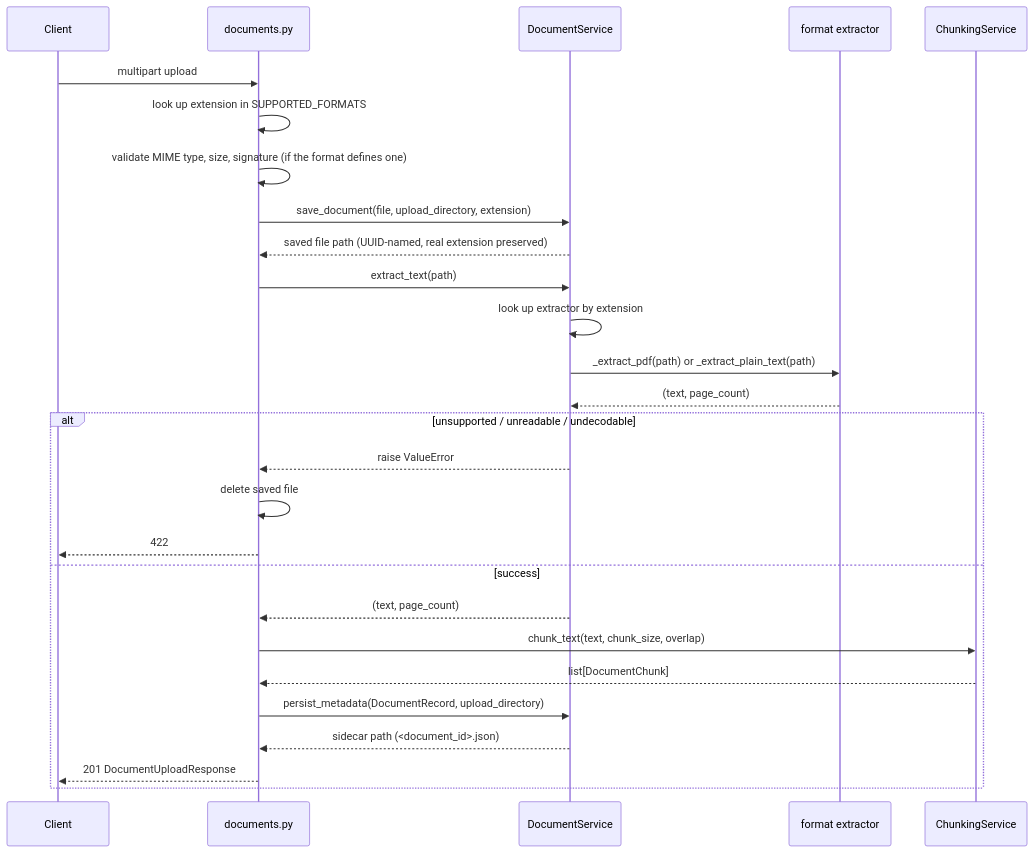
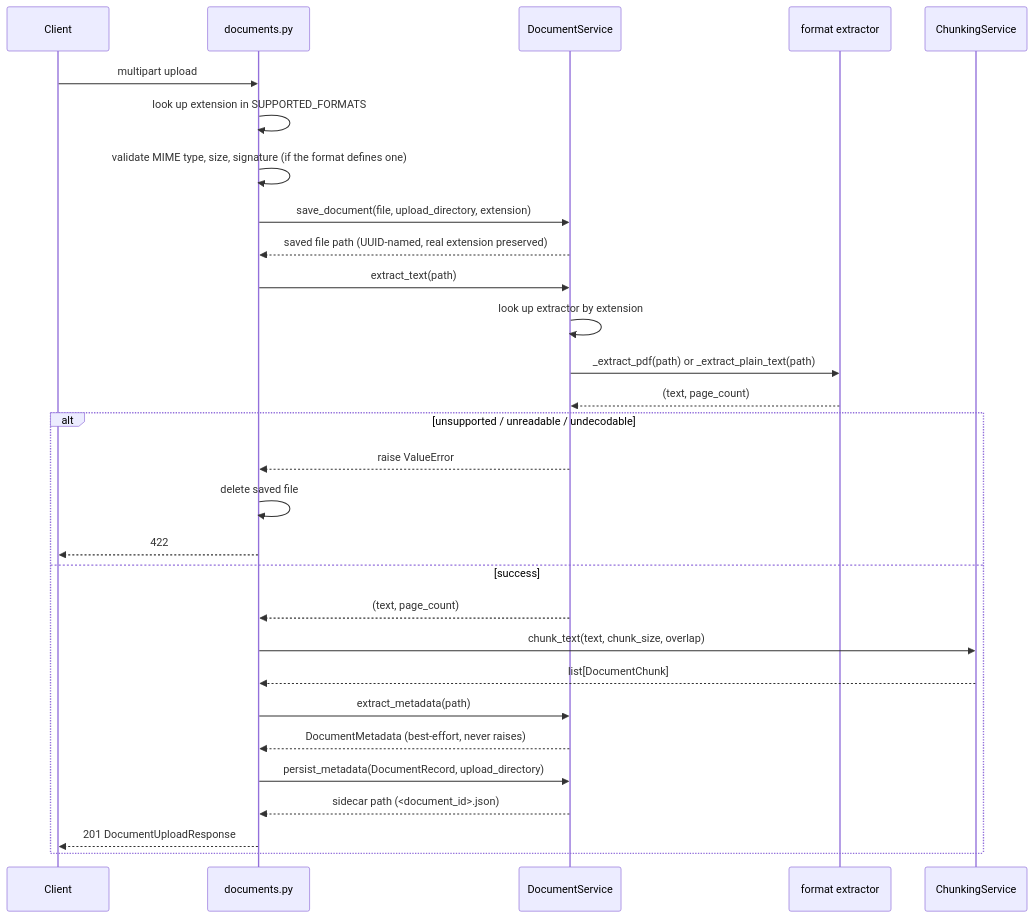
The second of 2 diagrams in docs/ARCHITECTURE.md (NavdeepTU/KnowledgeHub_AI), drawn with Mermaid before and after one commit. The commit also changed other lines of this file and 4 other files, not shown here.

First line of the commit message:
Document metadata extraction

````diff
--- a/docs/ARCHITECTURE.md
+++ b/docs/ARCHITECTURE.md
@@ -66,30 +66,32 @@
 ```mermaid
 sequenceDiagram
     participant Client
     participant Router as documents.py
     participant Service as DocumentService
     participant Extractor as format extractor
     participant Chunker as ChunkingService
 
     Client->>Router: multipart upload
     Router->>Router: look up extension in SUPPORTED_FORMATS
     Router->>Router: validate MIME type, size, signature (if the format defines one)
     Router->>Service: save_document(file, upload_directory, extension)
     Service-->>Router: saved file path (UUID-named, real extension preserved)
     Router->>Service: extract_text(path)
     Service->>Service: look up extractor by extension
     Service->>Extractor: _extract_pdf(path) or _extract_plain_text(path)
     Extractor-->>Service: (text, page_count)
     alt unsupported / unreadable / undecodable
         Service-->>Router: raise ValueError
         Router->>Router: delete saved file
         Router-->>Client: 422
     else success
         Service-->>Router: (text, page_count)
         Router->>Chunker: chunk_text(text, chunk_size, overlap)
         Chunker-->>Router: list[DocumentChunk]
+        Router->>Service: extract_metadata(path)
+        Service-->>Router: DocumentMetadata (best-effort, never raises)
         Router->>Service: persist_metadata(DocumentRecord, upload_directory)
         Service-->>Router: sidecar path (<document_id>.json)
         Router-->>Client: 201 DocumentUploadResponse
     end
 ```
````
